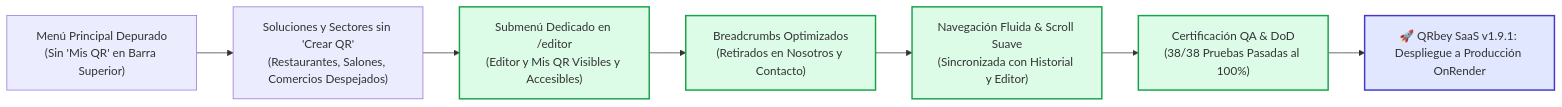
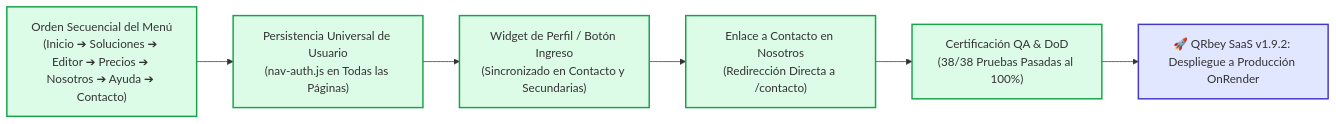
One commit to paolapaz202504/QRgenerator changed the diagram in PROJECT_STATUS_QRGENERATOR.md. Above: the diagram before and after it, drawn with Mermaid. The commit also changed other lines of this file and 19 other files, not shown here.

Commit message:
feat(v1.9.2): orden estricto de menu inicio a contacto, persistencia de usuario y enlace a contacto en nosotros

````diff
--- a/PROJECT_STATUS_QRGENERATOR.md
+++ b/PROJECT_STATUS_QRGENERATOR.md
@@ -12,15 +12,15 @@
 ```mermaid
 flowchart LR
-    A["Menú Principal Depurado\n(Sin 'Mis QR' en Barra Superior)"] --> B["Soluciones y Sectores sin 'Crear QR'\n(Restaurantes, Salones, Comercios Despejados)"]
-    B --> C["Submenú Dedicado en /editor\n(Editor y Mis QR Visibles y Accesibles)"]
-    C --> D["Breadcrumbs Optimizados\n(Retirados en Nosotros y Contacto)"]
-    D --> E["Navegación Fluida & Scroll Suave\n(Sincronizada con Historial y Editor)"]
-    E --> F["Certificación QA & DoD\n(38/38 Pruebas Pasadas al 100%)"]
-    F --> G["🚀 QRbey SaaS v1.9.1: Despliegue a Producción OnRender"]
+    A["Orden Secuencial del Menú\n(Inicio ➔ Soluciones ➔ Editor ➔ Precios ➔ Nosotros ➔ Ayuda ➔ Contacto)"] --> B["Persistencia Universal de Usuario\n(nav-auth.js en Todas las Páginas)"]
+    B --> C["Widget de Perfil / Botón Ingreso\n(Sincronizado en Contacto y Secundarias)"]
+    C --> D["Enlace a Contacto en Nosotros\n(Redirección Directa a /contacto)"]
+    D --> E["Certificación QA & DoD\n(38/38 Pruebas Pasadas al 100%)"]
+    E --> F["🚀 QRbey SaaS v1.9.2: Despliegue a Producción OnRender"]
     
+    style A fill:#dcfce7,stroke:#16a34a,stroke-width:2px
+    style B fill:#dcfce7,stroke:#16a34a,stroke-width:2px
     style C fill:#dcfce7,stroke:#16a34a,stroke-width:2px
     style D fill:#dcfce7,stroke:#16a34a,stroke-width:2px
     style E fill:#dcfce7,stroke:#16a34a,stroke-width:2px
-    style F fill:#dcfce7,stroke:#16a34a,stroke-width:2px
-    style G fill:#e0e7ff,stroke:#4338ca,stroke-width:2px
+    style F fill:#e0e7ff,stroke:#4338ca,stroke-width:2px
 ```
````
